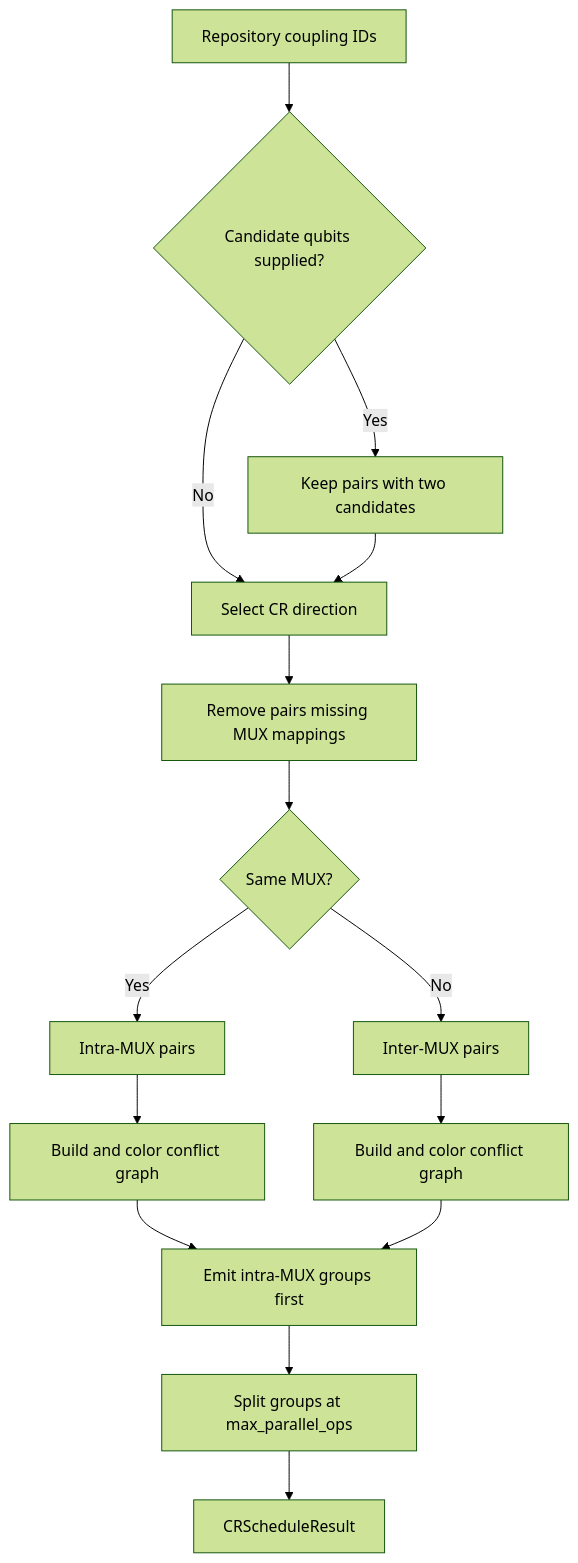
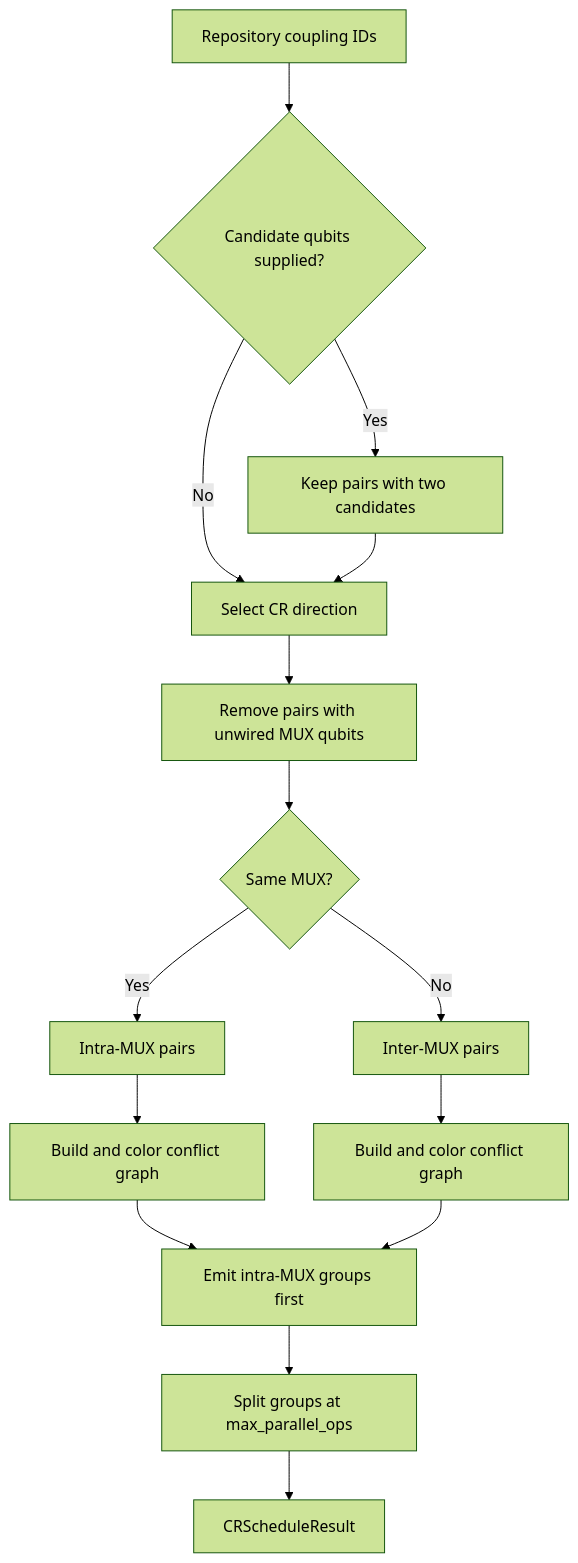
Before and after one commit to oqtopus-team/qdash: the diagram in docs/developer-guide/architecture/cr-scheduler.md, drawn with Mermaid (forest theme). The commit also changed other lines of this file and 105 other files, not shown here.

First line of the commit message:
feat(repo): support explicit topology mux mappings (#1818)

````diff
--- a/docs/developer-guide/architecture/cr-scheduler.md
+++ b/docs/developer-guide/architecture/cr-scheduler.md
@@ -40,17 +40,17 @@
 ```mermaid
 flowchart TD
     couplings[Repository coupling IDs] --> candidates{Candidate qubits supplied?}
     candidates -->|Yes| filterCandidates[Keep pairs with two candidates]
     candidates -->|No| direction
     filterCandidates --> direction[Select CR direction]
-    direction --> muxFilter[Remove pairs missing MUX mappings]
+    direction --> muxFilter[Remove pairs with unwired MUX qubits]
     muxFilter --> split{Same MUX?}
     split -->|Yes| fast[Intra-MUX pairs]
     split -->|No| slow[Inter-MUX pairs]
     fast --> fastColor[Build and color conflict graph]
     slow --> slowColor[Build and color conflict graph]
     fastColor --> ordered[Emit intra-MUX groups first]
     slowColor --> ordered
     ordered --> cap[Split groups at max_parallel_ops]
     cap --> result[CRScheduleResult]
 ```
````
